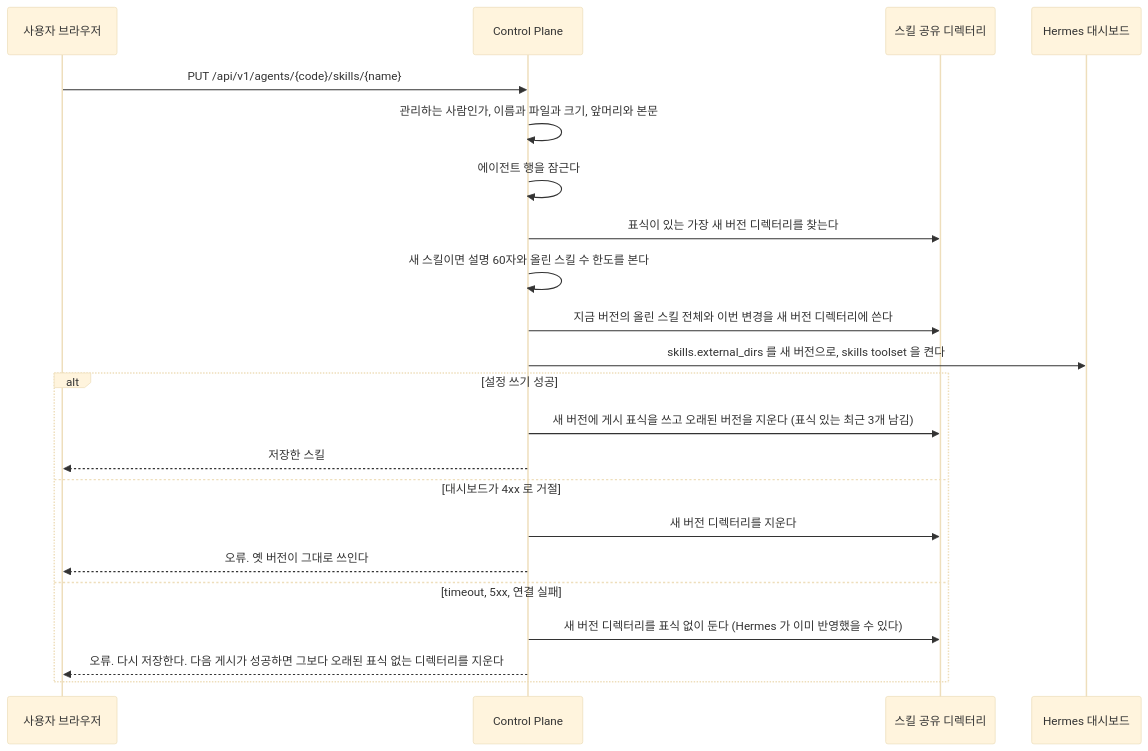
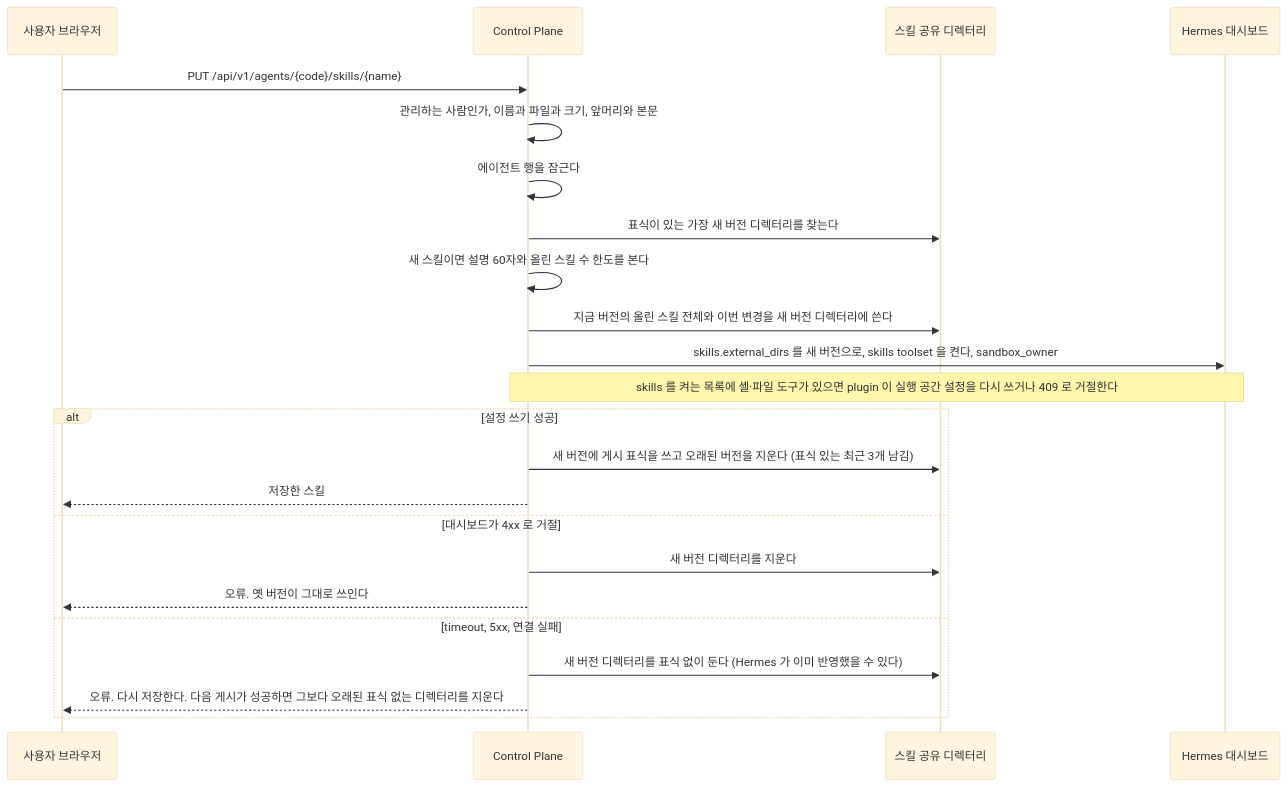
The first of 2 diagrams in docs/backend/skill.md (jon890/fos-assistant), drawn with Mermaid (base theme) before and after one commit. The commit also changed 7 other files, not shown here.

````diff
--- a/docs/backend/skill.md
+++ b/docs/backend/skill.md
@@ -98,25 +98,26 @@
 ```mermaid
 sequenceDiagram
     participant U as 사용자 브라우저
     participant C as Control Plane
     participant F as 스킬 공유 디렉터리
     participant D as Hermes 대시보드
 
     U->>C: PUT /api/v1/agents/{code}/skills/{name}
     C->>C: 관리하는 사람인가, 이름과 파일과 크기, 앞머리와 본문
     C->>C: 에이전트 행을 잠근다
     C->>F: 표식이 있는 가장 새 버전 디렉터리를 찾는다
     C->>C: 새 스킬이면 설명 60자와 올린 스킬 수 한도를 본다
     C->>F: 지금 버전의 올린 스킬 전체와 이번 변경을 새 버전 디렉터리에 쓴다
-    C->>D: skills.external_dirs 를 새 버전으로, skills toolset 을 켠다
+    C->>D: skills.external_dirs 를 새 버전으로, skills toolset 을 켠다, sandbox_owner
+    Note over C,D: skills 를 켜는 목록에 셸·파일 도구가 있으면 plugin 이 실행 공간 설정을 다시 쓰거나 409 로 거절한다
     alt 설정 쓰기 성공
         C->>F: 새 버전에 게시 표식을 쓰고 오래된 버전을 지운다 (표식 있는 최근 3개 남김)
         C-->>U: 저장한 스킬
     else 대시보드가 4xx 로 거절
         C->>F: 새 버전 디렉터리를 지운다
         C-->>U: 오류. 옛 버전이 그대로 쓰인다
     else timeout, 5xx, 연결 실패
         C->>F: 새 버전 디렉터리를 표식 없이 둔다 (Hermes 가 이미 반영했을 수 있다)
         C-->>U: 오류. 다시 저장한다. 다음 게시가 성공하면 그보다 오래된 표식 없는 디렉터리를 지운다
     end
 ```
````
